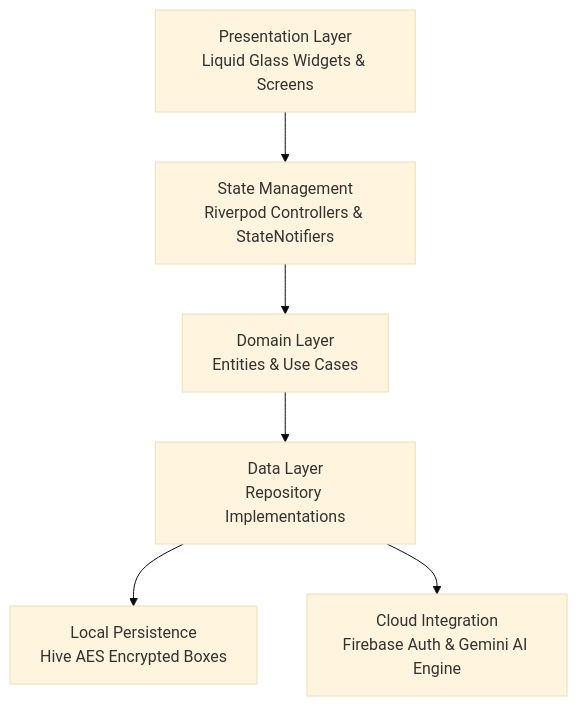
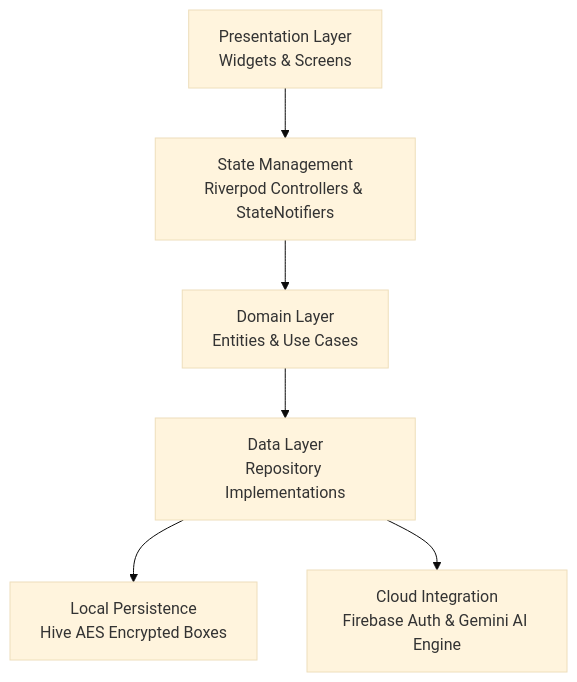
The diagram in README.md (viswaas08/FinPilot-ExpenseTracker), drawn with Mermaid (base theme) before and after one commit. The commit also changed other lines of this file, not shown here.

````diff
--- a/README.md
+++ b/README.md
@@ -27,8 +37,8 @@
 ```mermaid
 graph TD
-    A[Presentation Layer<br/>Liquid Glass Widgets & Screens] --> B[State Management<br/>Riverpod Controllers & StateNotifiers]
+    A[Presentation Layer<br/>Widgets & Screens] --> B[State Management<br/>Riverpod Controllers & StateNotifiers]
     B --> C[Domain Layer<br/>Entities & Use Cases]
     C --> D[Data Layer<br/>Repository Implementations]
     D --> E[Local Persistence<br/>Hive AES Encrypted Boxes]
     D --> F[Cloud Integration<br/>Firebase Auth & Gemini AI Engine]
 ```
````
